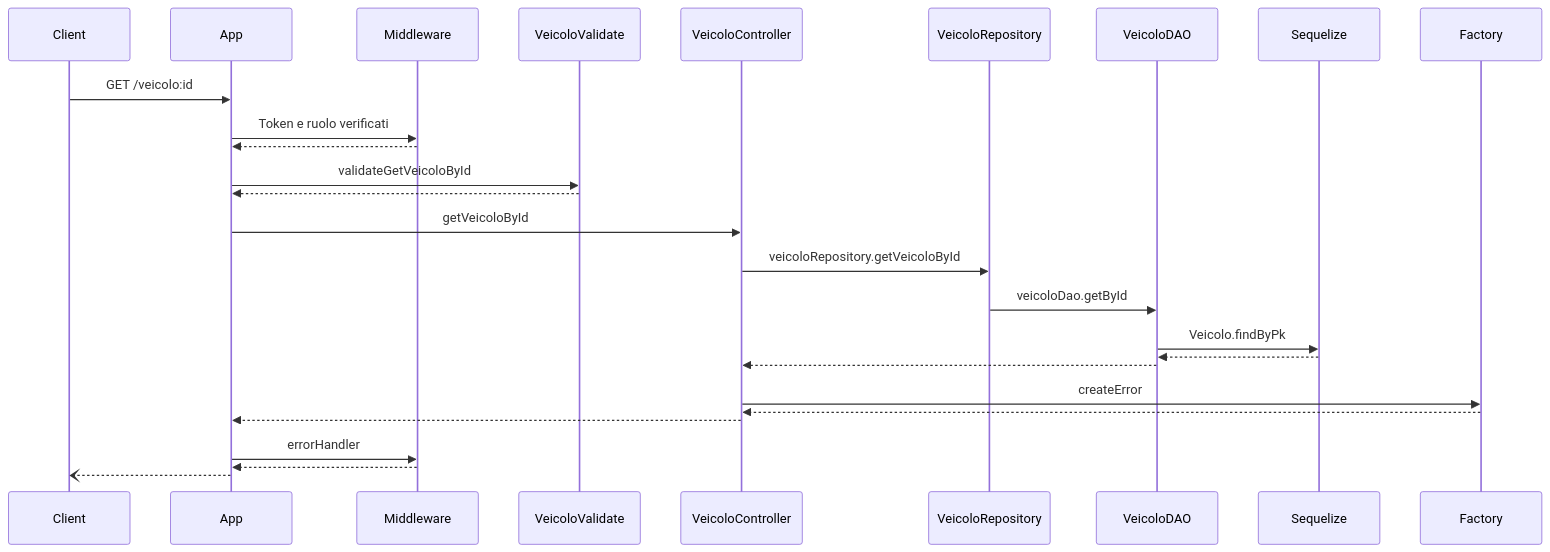
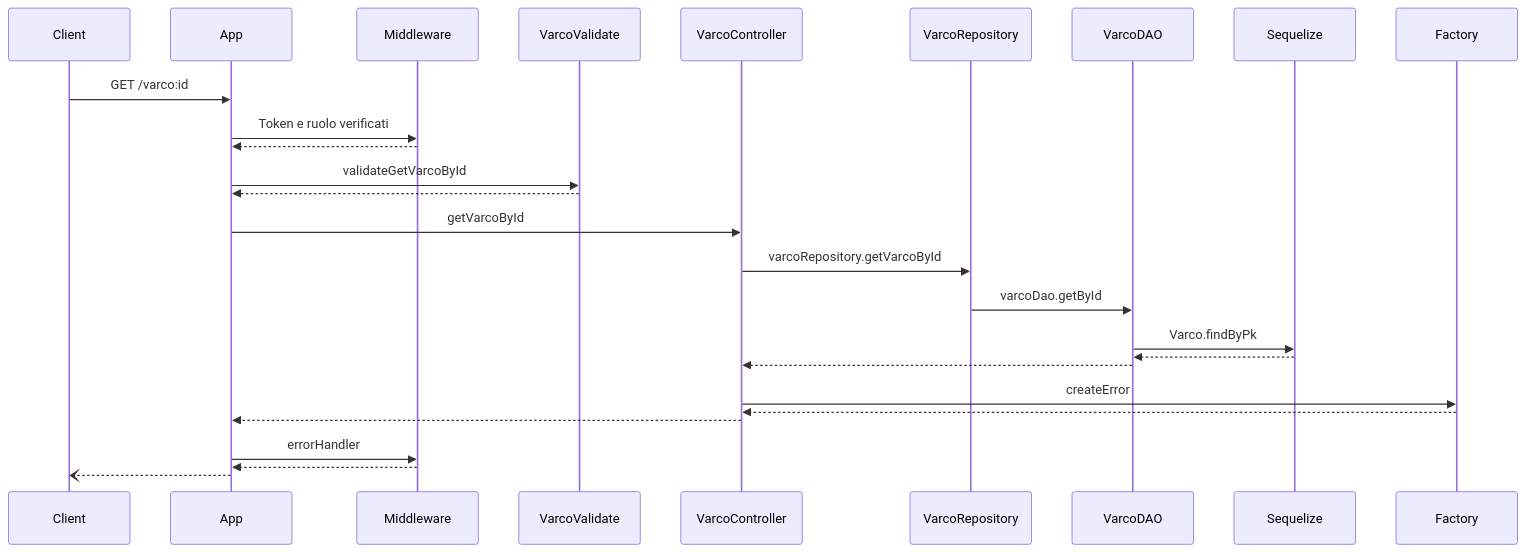
Before and after one commit to MattSona99/ProgettoPA: the third of 7 diagrams in README.md, drawn with Mermaid. The commit also changed other lines of this file, not shown here.

````diff
--- a/README.md
+++ b/README.md
@@ -237,30 +235,30 @@
 ```mermaid
-  sequenceDiagram
+sequenceDiagram
   participant C as Client
   participant A as App
   participant M as Middleware
-  participant V as VeicoloValidate
-  participant CN as VeicoloController
-  participant R as VeicoloRepository
-  participant D as VeicoloDAO
+  participant V as VarcoValidate
+  participant CN as VarcoController
+  participant R as VarcoRepository
+  participant D as VarcoDAO
   participant S as Sequelize
   participant F as Factory
 
-  C ->> A: GET /veicolo:id
+  C ->> A: GET /varco:id
   A ->> M: Token e ruolo verificati
   M -->> A: 
-  A ->> V: validateGetVeicoloById
+  A ->> V: validateGetVarcoById
   V -->> A: 
-  A ->> CN: getVeicoloById
-  CN ->> R: veicoloRepository.getVeicoloById
-  R ->> D: veicoloDao.getById
-  D ->> S: Veicolo.findByPk
+  A ->> CN: getVarcoById
+  CN ->> R: varcoRepository.getVarcoById
+  R ->> D: varcoDao.getById
+  D ->> S: Varco.findByPk
   S -->> D: 
   D -->> CN: 
   CN ->> F: createError
   F -->> CN: 
   CN -->> A: 
   A ->> M: errorHandler
   M -->> A: 
-  A --) C: 
+  A --) C:   
 ```
````
